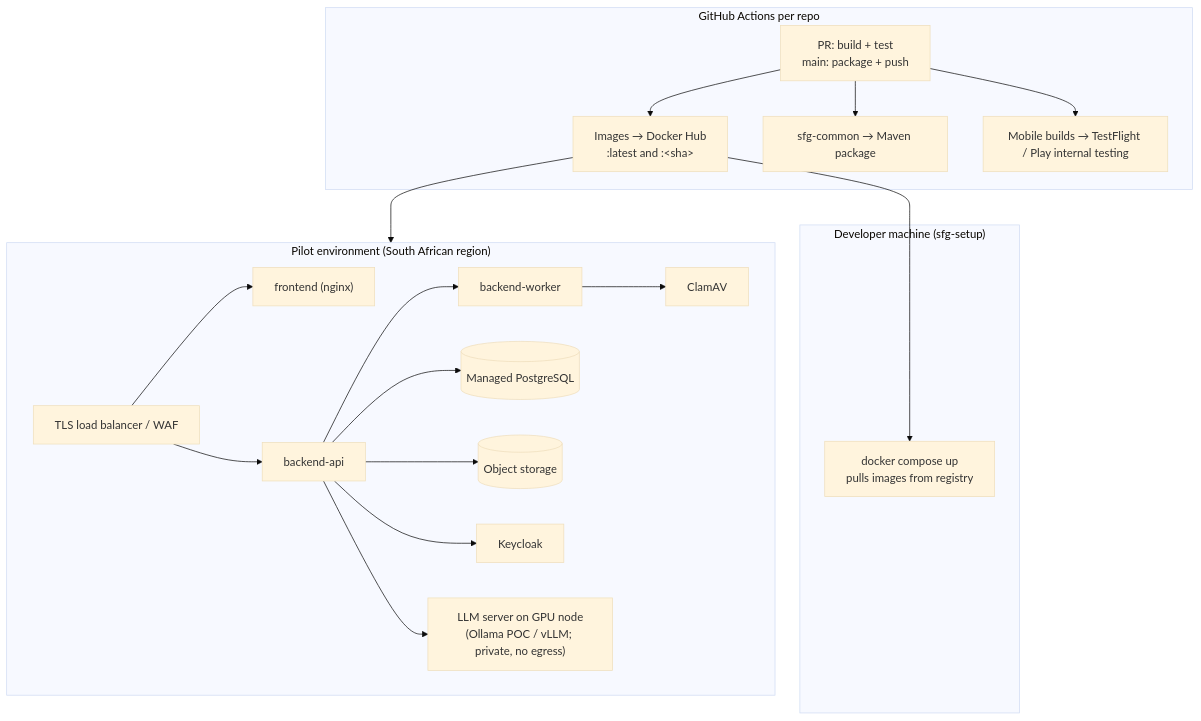
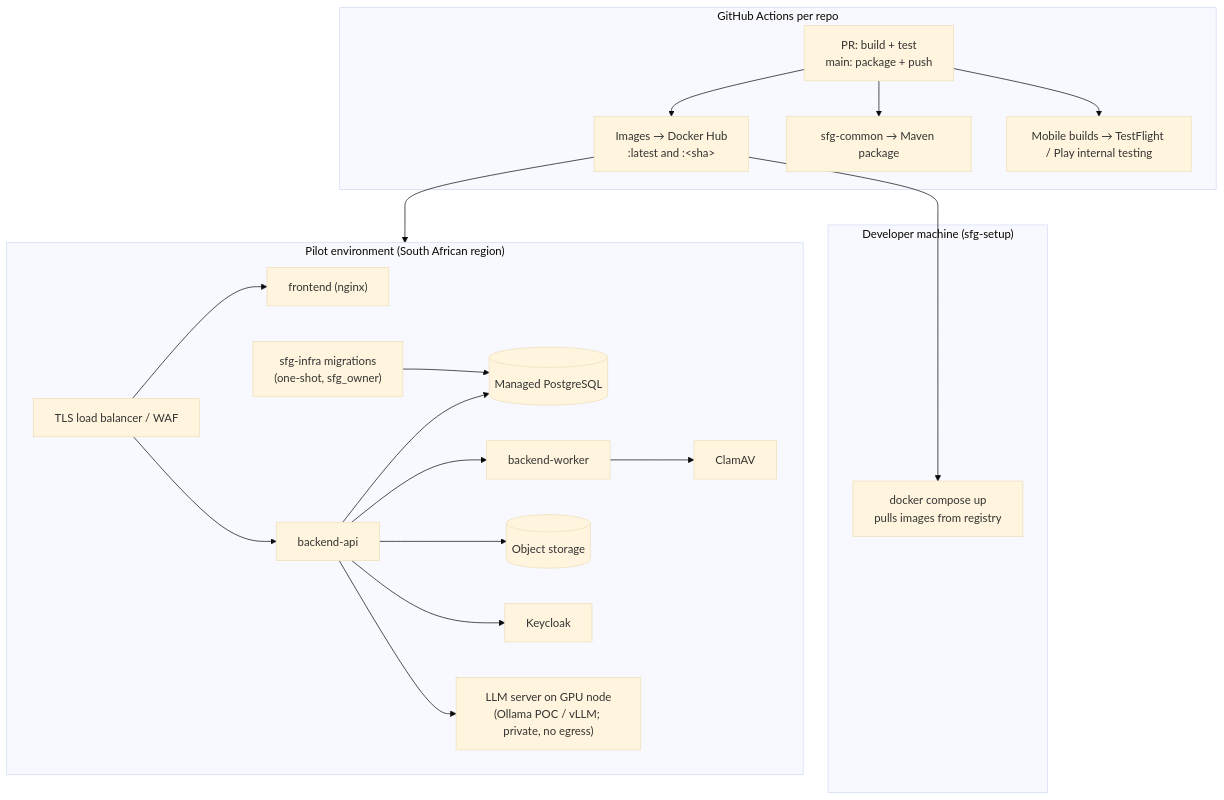
The seventh of 7 diagrams in docs/high-level-design.md (sdebie/sfg-parent), drawn with Mermaid (base theme) before and after one commit. The commit also changed other lines of this file, not shown here.

First line of the commit message:
HLD: sfg-infra owns the schema and runs migrations as a one-shot job; backend connects as sfg_app

````diff
--- a/docs/high-level-design.md
+++ b/docs/high-level-design.md
@@ -630,23 +635,24 @@
 ```mermaid
 flowchart TB
   subgraph Dev["Developer machine (sfg-setup)"]
     DC["docker compose up<br/>pulls images from registry"]
   end
   subgraph CI["GitHub Actions per repo"]
     B["PR: build + test<br/>main: package + push"] --> IMG["Images → Docker Hub<br/>:latest and :&lt;sha&gt;"]
     B --> MVN["sfg-common → Maven package"]
     B --> APP["Mobile builds → TestFlight / Play internal testing"]
   end
   subgraph Pilot["Pilot environment (South African region)"]
     LB["TLS load balancer / WAF"] --> FE["frontend (nginx)"]
+    MG["sfg-infra migrations<br/>(one-shot, sfg_owner)"] --> PG
     LB --> BE["backend-api"]
     BE --> WK["backend-worker"]
     BE --> PG[("Managed PostgreSQL")]
     BE --> S3[("Object storage")]
     BE --> KC["Keycloak"]
     WK --> CL["ClamAV"]
     BE --> AI["LLM server on GPU node<br/>(Ollama POC / vLLM; private, no egress)"]
   end
   IMG --> DC
   IMG --> Pilot
 ```
````
